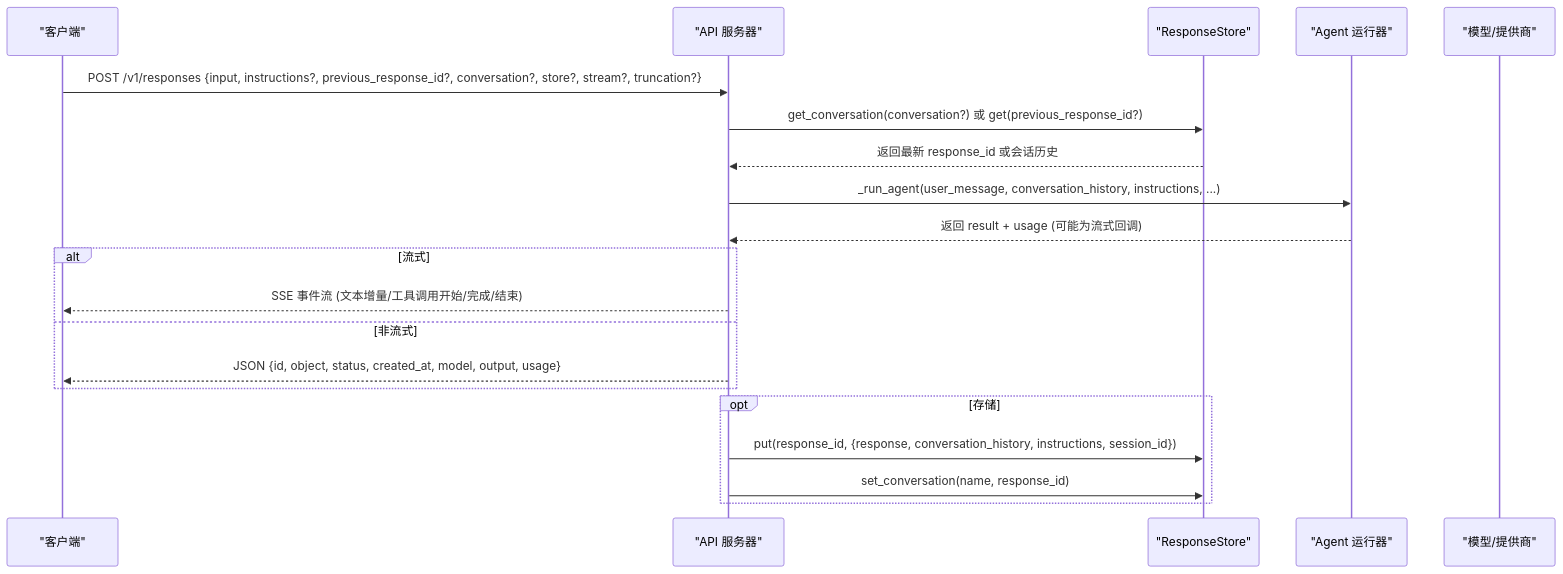
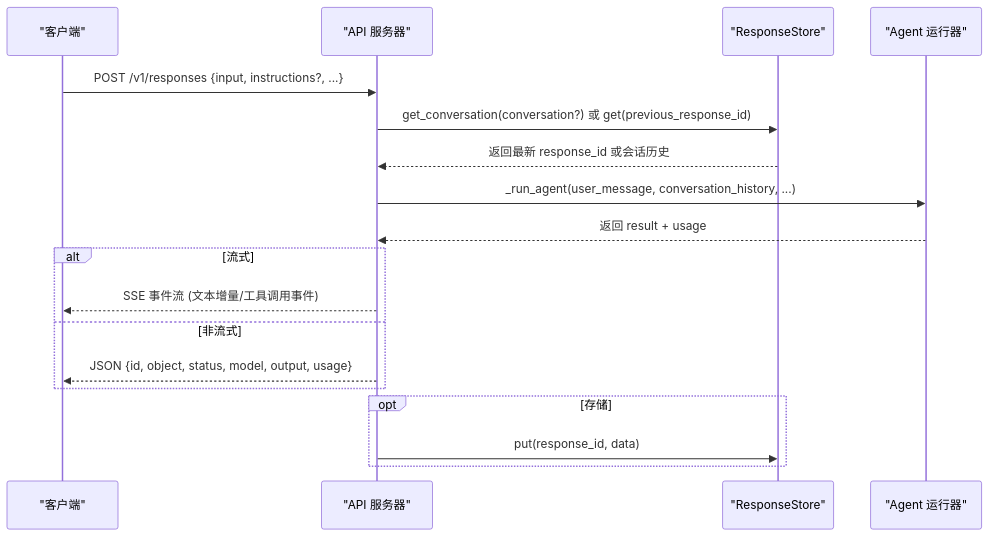
The second of 3 diagrams in .qoder/repowiki/zh/content/API参考/RESTful API/响应API.md (YueDJ/SpaikiiDesktop), drawn with Mermaid before and after one commit. The commit also changed other lines of this file and 249 other files, not shown here.

````diff
--- a/.qoder/repowiki/zh/content/API参考/RESTful API/响应API.md
+++ b/.qoder/repowiki/zh/content/API参考/RESTful API/响应API.md
@@ -67,22 +53,20 @@
 ```mermaid
 sequenceDiagram
 participant C as "客户端"
 participant S as "API 服务器"
 participant R as "ResponseStore"
 participant A as "Agent 运行器"
-participant M as "模型/提供商"
-C->>S : POST /v1/responses {input, instructions?, previous_response_id?, conversation?, store?, stream?, truncation?}
-S->>R : get_conversation(conversation?) 或 get(previous_response_id?)
-R-->>S : 返回最新 response_id 或会话历史
-S->>A : _run_agent(user_message, conversation_history, instructions, ...)
-A-->>S : 返回 result + usage (可能为流式回调)
+C->>S: POST /v1/responses {input, instructions?, ...}
+S->>R: get_conversation(conversation?) 或 get(previous_response_id)
+R-->>S: 返回最新 response_id 或会话历史
+S->>A: _run_agent(user_message, conversation_history, ...)
+A-->>S: 返回 result + usage
 alt 流式
-S-->>C : SSE 事件流 (文本增量/工具调用开始/完成/结束)
+S-->>C: SSE 事件流 (文本增量/工具调用事件)
 else 非流式
-S-->>C : JSON {id, object, status, created_at, model, output, usage}
+S-->>C: JSON {id, object, status, model, output, usage}
 end
 opt 存储
-S->>R : put(response_id, {response, conversation_history, instructions, session_id})
-S->>R : set_conversation(name, response_id)
+S->>R: put(response_id, data)
 end
 ```
````
